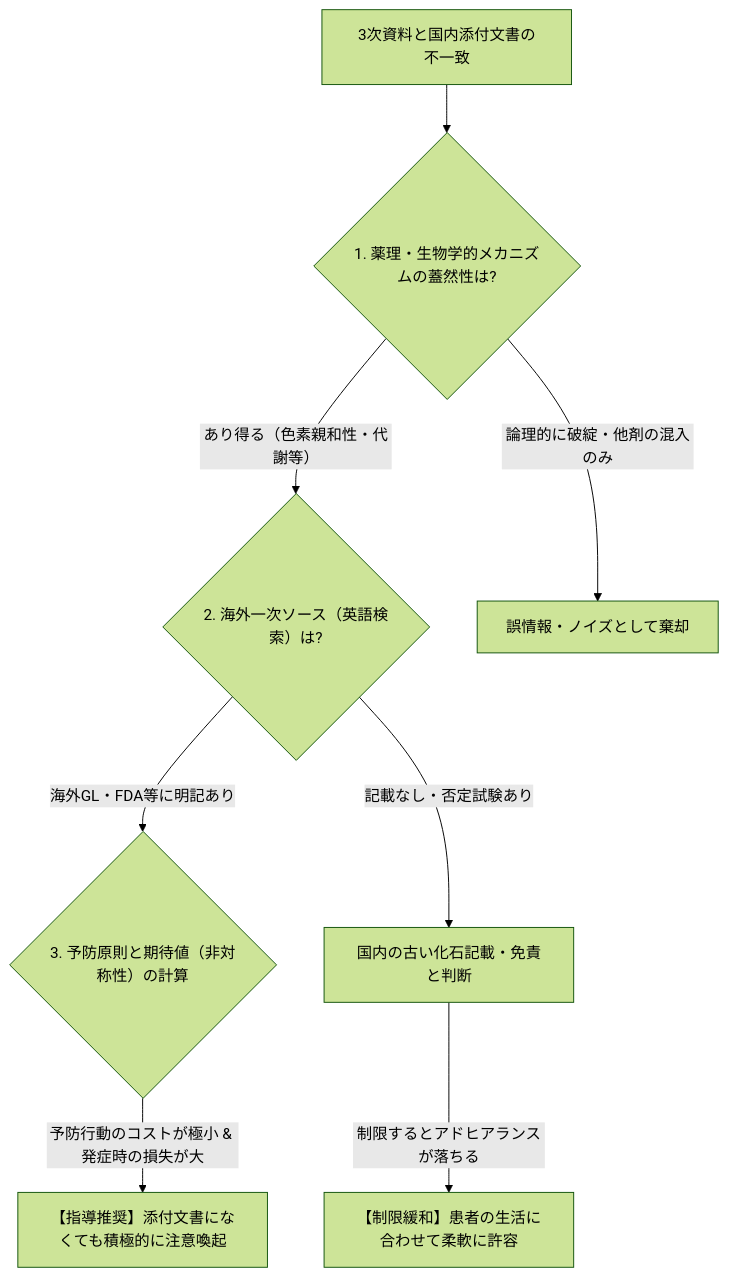
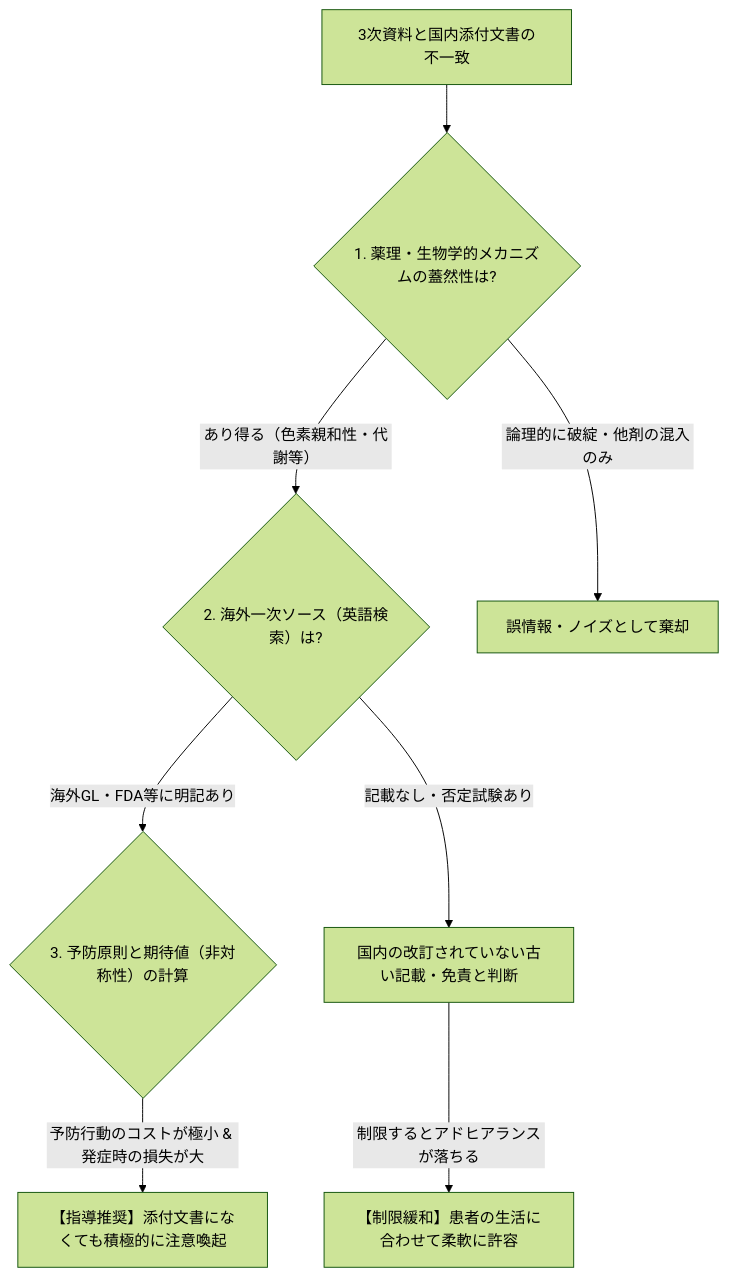
The diagram in exabase_knowledge_pack.md (AimSoaringHaiku/clinical-meta-hub), drawn with Mermaid (forest theme) before and after one commit. The commit also changed other lines of this file and 2 other files, not shown here.

````diff
--- a/exabase_knowledge_pack.md
+++ b/exabase_knowledge_pack.md
@@ -183,10 +186,10 @@
 ```mermaid
 graph TD
     A[3次資料と国内添付文書の不一致] --> B{1. 薬理・生物学的メカニズムの蓋然性は?}
     B -- あり得る（色素親和性・代謝等） --> C{2. 海外一次ソース（英語検索）は?}
     B -- 論理的に破綻・他剤の混入のみ --> Z[誤情報・ノイズとして棄却]
     C -- 海外GL・FDA等に明記あり --> D{3. 予防原則と期待値（非対称性）の計算}
-    C -- 記載なし・否定試験あり --> E[国内の古い化石記載・免責と判断]
+    C -- 記載なし・否定試験あり --> E[国内の改訂されていない古い記載・免責と判断]
     D -- 予防行動のコストが極小 & 発症時の損失が大 --> F[【指導推奨】添付文書になくても積極的に注意喚起]
     E -- 制限するとアドヒアランスが落ちる --> G[【制限緩和】患者の生活に合わせて柔軟に許容]
 ```
````
